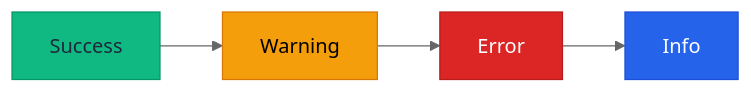
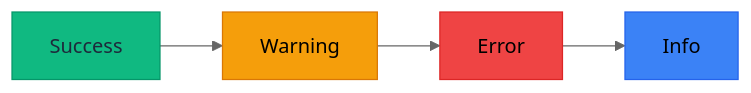
One commit to tech-leads-club/agent-skills changed the second of 6 diagrams in packages/skills-catalog/skills/(tooling)/mermaid-studio/references/themes.md. Above: the diagram before and after it, drawn with Mermaid (neutral theme). The commit also changed other lines of this file and 6 other files, not shown here.

Commit message:
fix(skills-catalog): preserve mermaid palette identity in contrast fixes

````diff
--- a/packages/skills-catalog/skills/(tooling)/mermaid-studio/references/themes.md
+++ b/packages/skills-catalog/skills/(tooling)/mermaid-studio/references/themes.md
@@ -198,15 +190,15 @@
 ```mermaid
 flowchart LR
     A[Success]:::success
     B[Warning]:::warning
     C[Error]:::error
     D[Info]:::info
 
     A --> B --> C --> D
 
     classDef success fill:#10b981,stroke:#059669,color:#1e293b
     classDef warning fill:#f59e0b,stroke:#d97706,color:#000
-    classDef error fill:#dc2626,stroke:#b91c1c,color:#fff
-    classDef info fill:#2563eb,stroke:#1d4ed8,color:#fff
+    classDef error fill:#ef4444,stroke:#dc2626,color:#000
+    classDef info fill:#3b82f6,stroke:#2563eb,color:#000
     classDef default fill:#f8fafc,stroke:#e2e8f0,color:#1e293b
 ```
````
